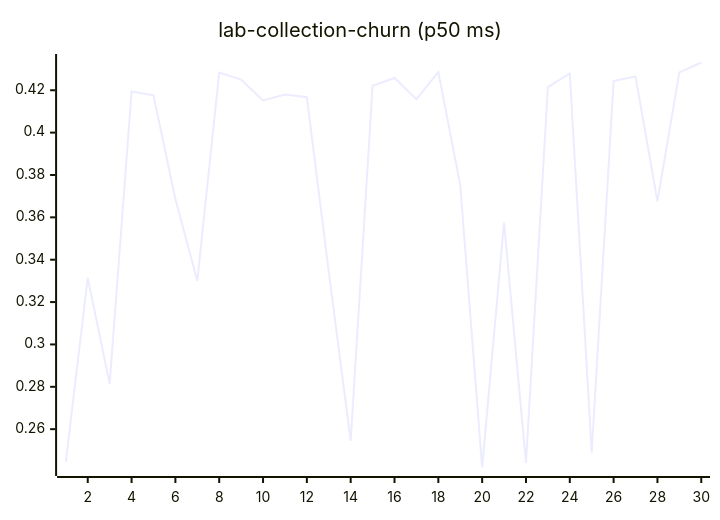
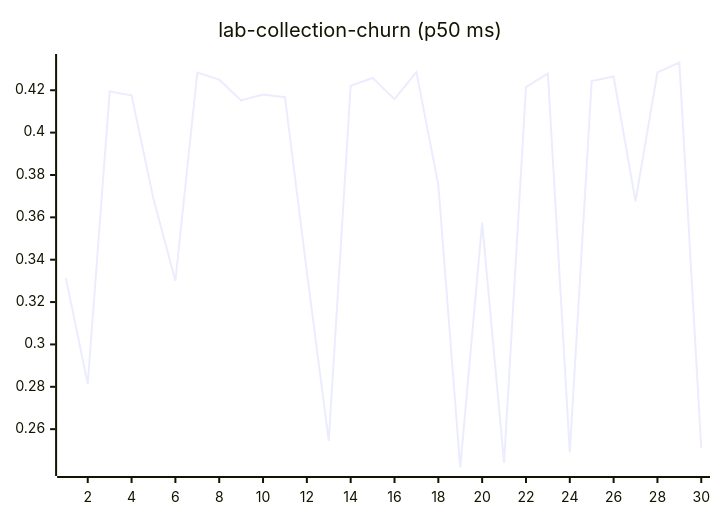
One commit to josha/Facet changed diagram 11 of 27 in README.md. Above: the diagram before and after it, drawn with Mermaid. The commit also changed other lines of this file and 2 other files, not shown here.

````diff
--- a/README.md
+++ b/README.md
@@ -133,6 +133,6 @@
 ```mermaid
 xychart-beta
     title "lab-collection-churn (p50 ms)"
     x-axis 1 --> 30
-    line [0.2447, 0.3314, 0.2814, 0.4194, 0.4176, 0.3686, 0.3301, 0.4283, 0.4250, 0.4152, 0.4180, 0.4167, 0.3342, 0.2545, 0.4221, 0.4258, 0.4158, 0.4286, 0.3753, 0.2419, 0.3575, 0.2441, 0.4215, 0.4279, 0.2490, 0.4243, 0.4265, 0.3676, 0.4284, 0.4331]
+    line [0.3314, 0.2814, 0.4194, 0.4176, 0.3686, 0.3301, 0.4283, 0.4250, 0.4152, 0.4180, 0.4167, 0.3342, 0.2545, 0.4221, 0.4258, 0.4158, 0.4286, 0.3753, 0.2419, 0.3575, 0.2441, 0.4215, 0.4279, 0.2490, 0.4243, 0.4265, 0.3676, 0.4284, 0.4331, 0.2510]
 ```
````
